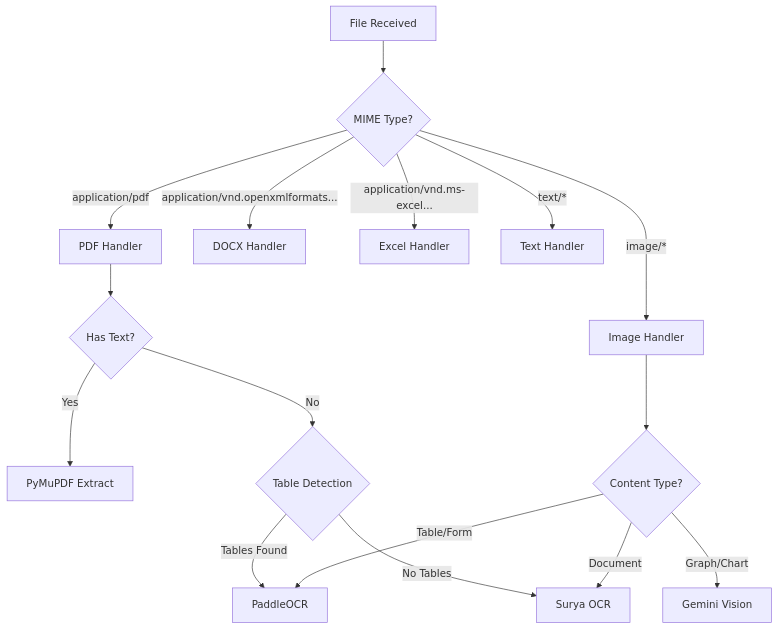
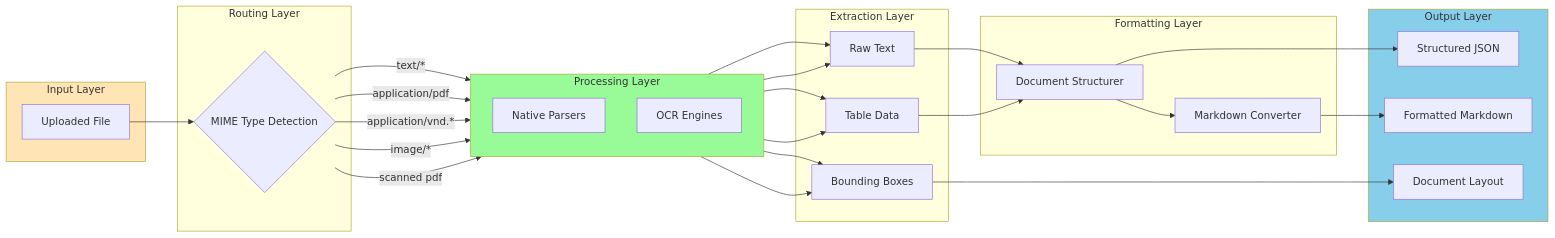
The tenth of 22 diagrams in upload_ocr.md (manumishra-zm/execution_plan), drawn with Mermaid before and after one commit. The commit also changed other lines of this file, not shown here.

````diff
--- a/upload_ocr.md
+++ b/upload_ocr.md
@@ -577,22 +1013,61 @@
 ```mermaid
-flowchart TD
-    A[File Received] --> B{MIME Type?}
+flowchart LR
+    subgraph Input["Input Layer"]
+        File[Uploaded File]
+    end
 
-    B -->|application/pdf| C[PDF Handler]
-    B -->|image/*| D[Image Handler]
-    B -->|application/vnd.openxmlformats...| E[DOCX Handler]
-    B -->|application/vnd.ms-excel...| F[Excel Handler]
-    B -->|text/*| G[Text Handler]
+    subgraph Routing["Routing Layer"]
+        MIME{MIME Type Detection}
+    end
 
-    C --> H{Has Text?}
-    H -->|Yes| I[PyMuPDF Extract]
-    H -->|No| J{Table Detection}
+    subgraph Processing["Processing Layer"]
+        direction TB
+        Native[Native Parsers]
+        OCR[OCR Engines]
+    end
 
-    J -->|Tables Found| K[PaddleOCR]
-    J -->|No Tables| L[Surya OCR]
+    subgraph Extraction["Extraction Layer"]
+        Text[Raw Text]
+        Tables[Table Data]
+        BBox[Bounding Boxes]
+    end
 
-    D --> M{Content Type?}
-    M -->|Graph/Chart| N[Gemini Vision]
-    M -->|Table/Form| K
-    M -->|Document| L
+    subgraph Formatting["Formatting Layer"]
+        Struct[Document Structurer]
+        MD[Markdown Converter]
+    end
+
+    subgraph Output["Output Layer"]
+        JSON[Structured JSON]
+        Markdown[Formatted Markdown]
+        Layout[Document Layout]
+    end
+
+    File --> MIME
+
+    MIME -->|text/*| Native
+    MIME -->|application/pdf| Native
+    MIME -->|application/vnd.*| Native
+    MIME -->|image/*| OCR
+    MIME -->|scanned pdf| OCR
+
+    Native --> Text
+    Native --> Tables
+    Native --> BBox
+
+    OCR --> Text
+    OCR --> Tables
+    OCR --> BBox
+
+    Text --> Struct
+    Tables --> Struct
+    BBox --> Layout
+
+    Struct --> JSON
+    Struct --> MD
+    MD --> Markdown
+
+    style Input fill:#FFE4B5
+    style Processing fill:#98FB98
+    style Output fill:#87CEEB
 ```
````
